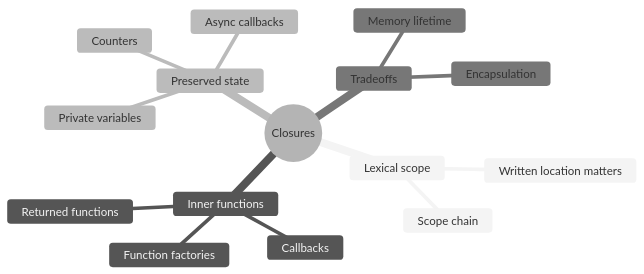
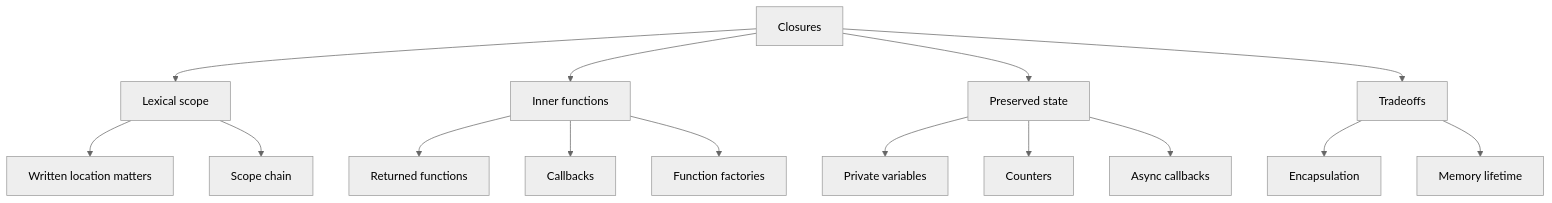
One commit to raushanapp/advance_javascript_Andre changed the sixth of 6 diagrams in the_two_pillars/closures/closures.md. Above: the diagram before and after it, drawn with Mermaid (neutral theme).

Commit message:
Refactor closure summary diagram for clarity and structure

````diff
--- a/the_two_pillars/closures/closures.md
+++ b/the_two_pillars/closures/closures.md
@@ -341,18 +341,17 @@
 ```mermaid
-mindmap
-  root((Closures))
-    Lexical scope
-      Written location matters
-      Scope chain
-    Inner functions
-      Returned functions
-      Callbacks
-      Function factories
-    Preserved state
-      Private variables
-      Counters
-      Async callbacks
-    Tradeoffs
-      Encapsulation
-      Memory lifetime
+flowchart TD
+    A[Closures] --> B[Lexical scope]
+    B --> B1[Written location matters]
+    B --> B2[Scope chain]
+    A --> C[Inner functions]
+    C --> C1[Returned functions]
+    C --> C2[Callbacks]
+    C --> C3[Function factories]
+    A --> D[Preserved state]
+    D --> D1[Private variables]
+    D --> D2[Counters]
+    D --> D3[Async callbacks]
+    A --> E[Tradeoffs]
+    E --> E1[Encapsulation]
+    E --> E2[Memory lifetime]
 ```
````
